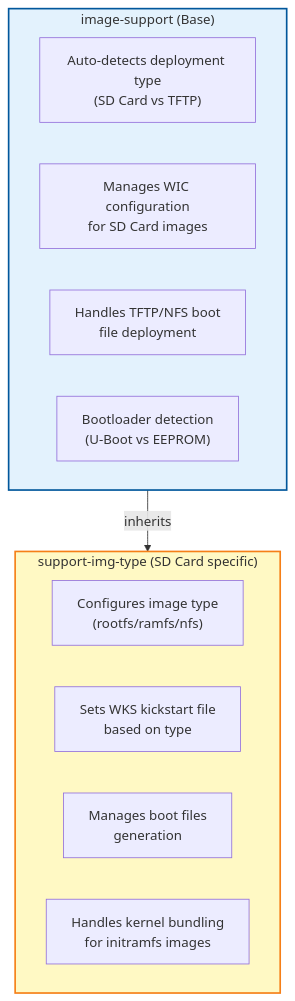
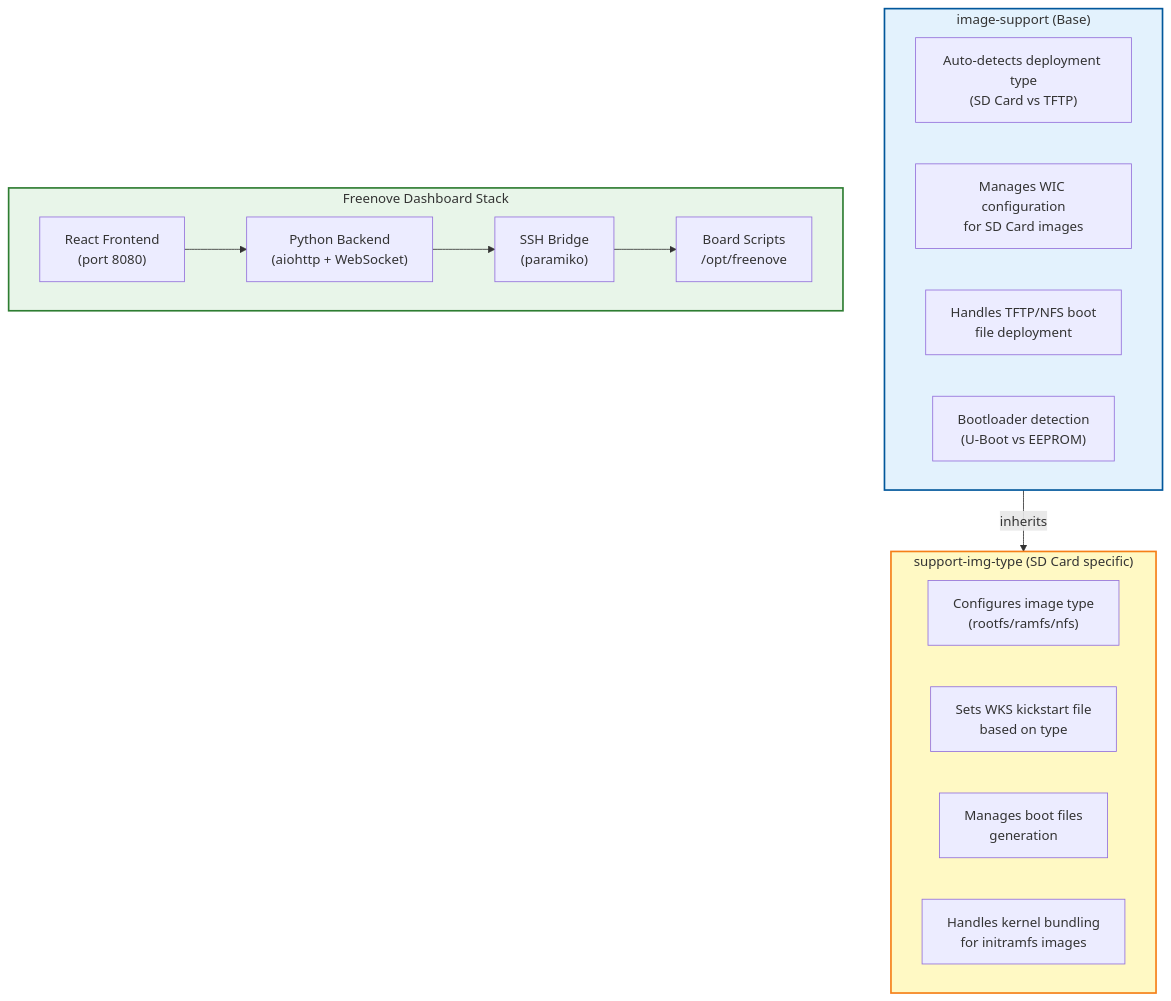
Before and after one commit to minkosimon/meta-raspberrypi-simpat: the second of 4 diagrams in README.md, drawn with Mermaid. The commit also changed other lines of this file and 3 other files, not shown here.

Commit message:
[doc]: Add documentation about frontend and backend

````diff
--- a/README.md
+++ b/README.md
@@ -85,19 +93,29 @@
 ```mermaid
 flowchart TB
     subgraph BASE["image-support (Base)"]
         A1["Auto-detects deployment type\n(SD Card vs TFTP)"]
         A2["Manages WIC configuration\nfor SD Card images"]
         A3["Handles TFTP/NFS boot\nfile deployment"]
         A4["Bootloader detection\n(U-Boot vs EEPROM)"]
     end
     subgraph CHILD["support-img-type (SD Card specific)"]
         B1["Configures image type\n(rootfs/ramfs/nfs)"]
         B2["Sets WKS kickstart file\nbased on type"]
         B3["Manages boot files\ngeneration"]
         B4["Handles kernel bundling\nfor initramfs images"]
     end
+    subgraph FREENOVE["Freenove Dashboard Stack"]
+        F1["React Frontend\n(port 8080)"]
+        F2["Python Backend\n(aiohttp + WebSocket)"]
+        F3["SSH Bridge\n(paramiko)"]
+        F4["Board Scripts\n/opt/freenove"]
+    end
     BASE -->|inherits| CHILD
+    F1 --> F2
+    F2 --> F3
+    F3 --> F4
 
     style BASE fill:#e3f2fd,stroke:#01579b,stroke-width:2px
     style CHILD fill:#fff9c4,stroke:#f57f17,stroke-width:2px
+    style FREENOVE fill:#e8f5e9,stroke:#2e7d32,stroke-width:2px
 ```
````
